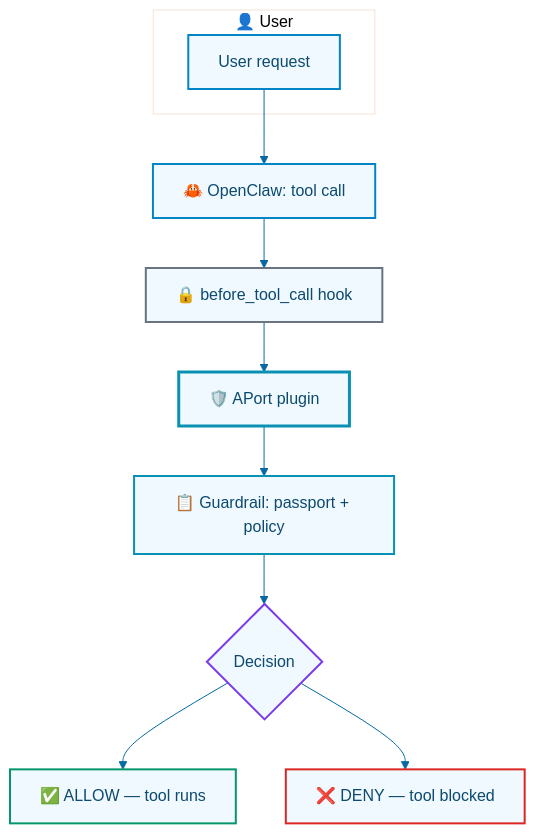
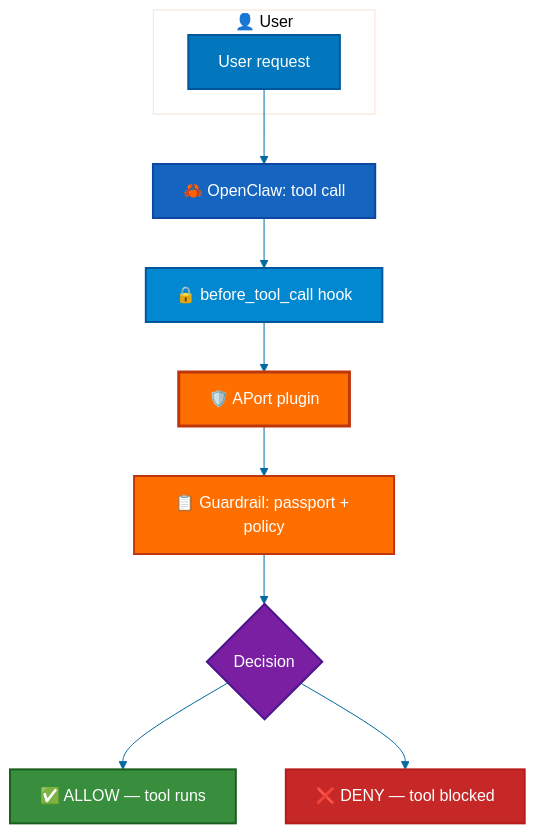
Before and after one commit to aporthq/aport-agent-guardrails: the second of 5 diagrams in README.md, drawn with Mermaid. The commit also changed other lines of this file and 3 other files, not shown here.

Commit message:
Release 1.0.6: README mermaid colors from issue #2022, version and changelog

````diff
--- a/README.md
+++ b/README.md
@@ -200,25 +200,25 @@
 ```mermaid
 %%{init: {'theme':'base', 'themeVariables': {'primaryColor':'#f0f9ff','primaryTextColor':'#0c4a6e','primaryBorderColor':'#0284c7','lineColor':'#0369a1'}}}%%
 flowchart TB
   subgraph User["👤 User"]
     A[User request]
   end
   B[🦀 OpenClaw: tool call]
   C[🔒 before_tool_call hook]
   D[🛡️ APort plugin]
   E[📋 Guardrail: passport + policy]
   F{Decision}
   G[✅ ALLOW — tool runs]
   H[❌ DENY — tool blocked]
   A --> B --> C --> D --> E --> F
   F --> G
   F --> H
-  style A stroke:#0284c7,stroke-width:2px
-  style B stroke:#0284c7,stroke-width:2px
-  style C stroke:#6b7280,stroke-width:2px
-  style D stroke:#0891b2,stroke-width:3px
-  style E stroke:#0891b2,stroke-width:2px
-  style F stroke:#7c3aed,stroke-width:2px
-  style G stroke:#059669,stroke-width:2px
-  style H stroke:#dc2626,stroke-width:2px
+  style A fill:#0277bd,stroke:#01579b,stroke-width:2px,color:#fff
+  style B fill:#1565c0,stroke:#0d47a1,stroke-width:2px,color:#fff
+  style C fill:#0288d1,stroke:#01579b,stroke-width:2px,color:#fff
+  style D fill:#ff6f00,stroke:#bf360c,stroke-width:3px,color:#fff
+  style E fill:#ff6f00,stroke:#bf360c,stroke-width:2px,color:#fff
+  style F fill:#7b1fa2,stroke:#4a148c,stroke-width:2px,color:#fff
+  style G fill:#388e3c,stroke:#1b5e20,stroke-width:2px,color:#fff
+  style H fill:#c62828,stroke:#b71c1c,stroke-width:2px,color:#fff
 ```
````
